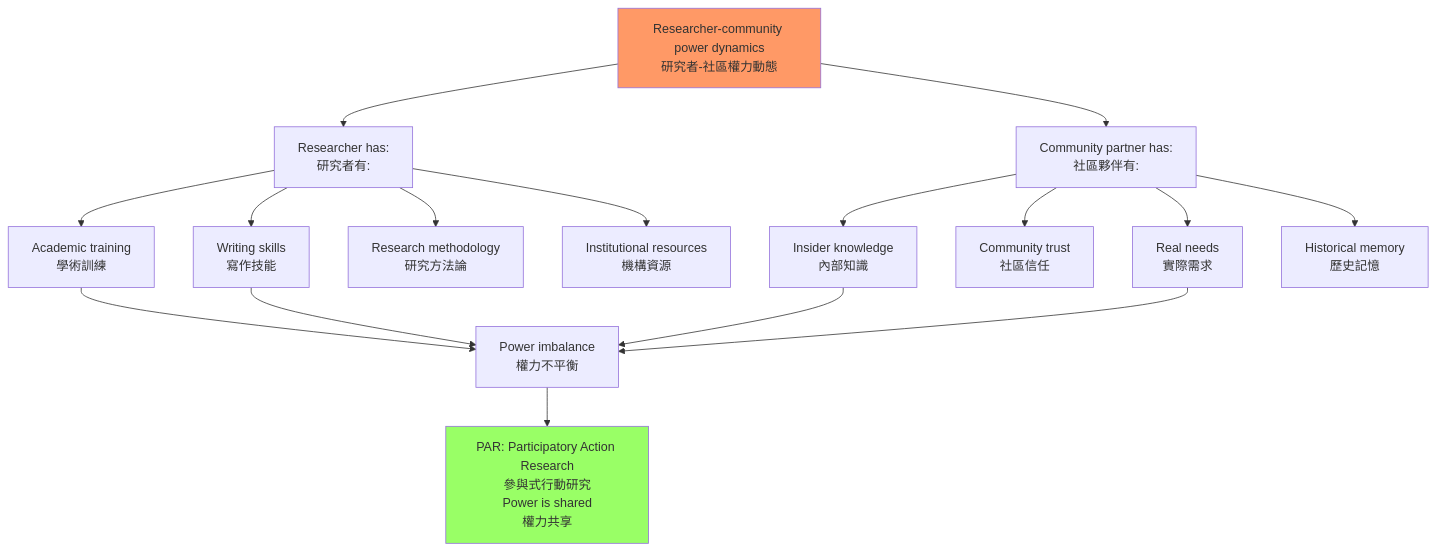
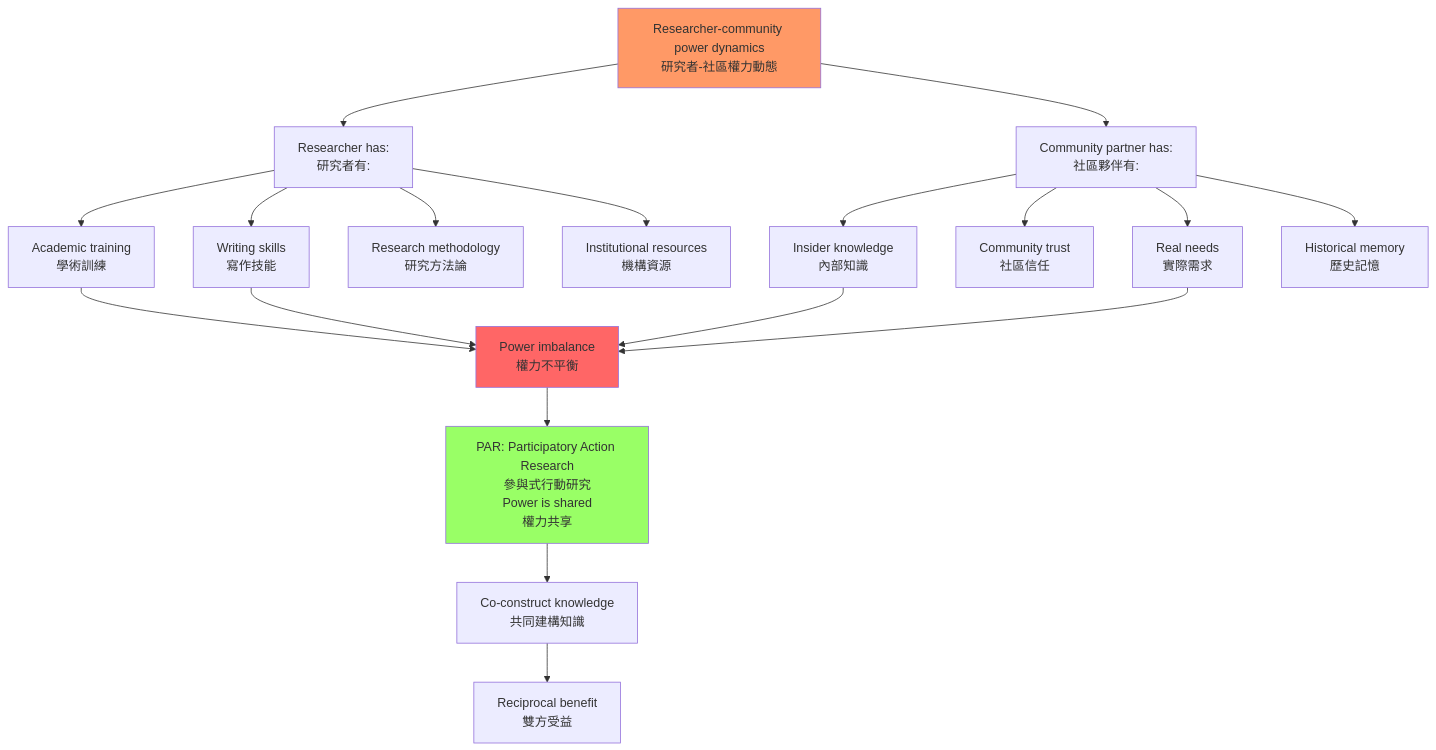
The third of 5 diagrams in 01_HKU_Courses/HIST4035_History_Applied_Internship.md (yip-lgtm/HKU-Harvard-History-Self-Study), drawn with Mermaid before and after one commit. The commit also changed other lines of this file and 22 other files, not shown here.

````diff
--- a/01_HKU_Courses/HIST4035_History_Applied_Internship.md
+++ b/01_HKU_Courses/HIST4035_History_Applied_Internship.md
@@ -150,25 +229,28 @@
 ```mermaid
 graph TD
     A[Researcher-community power dynamics<br/>研究者-社區權力動態] --> B[Researcher has:<br/>研究者有:]
     A --> C[Community partner has:<br/>社區夥伴有:]
     
     B --> B1[Academic training<br/>學術訓練]
     B --> B2[Writing skills<br/>寫作技能]
     B --> B3[Research methodology<br/>研究方法論]
     B --> B4[Institutional resources<br/>機構資源]
     
     C --> C1[Insider knowledge<br/>內部知識]
     C --> C2[Community trust<br/>社區信任]
     C --> C3[Real needs<br/>實際需求]
     C --> C4[Historical memory<br/>歷史記憶]
     
     B1 --> D[Power imbalance<br/>權力不平衡]
     B2 --> D
     C1 --> D
     C3 --> D
     
     D --> E[PAR: Participatory Action Research<br/>參與式行動研究<br/>Power is shared<br/>權力共享]
+    E --> E1[Co-construct knowledge<br/>共同建構知識]
+    E1 --> E2[Reciprocal benefit<br/>雙方受益]
     
     style A fill:#f96
     style E fill:#9f6
+    style D fill:#f66
 ```
````
